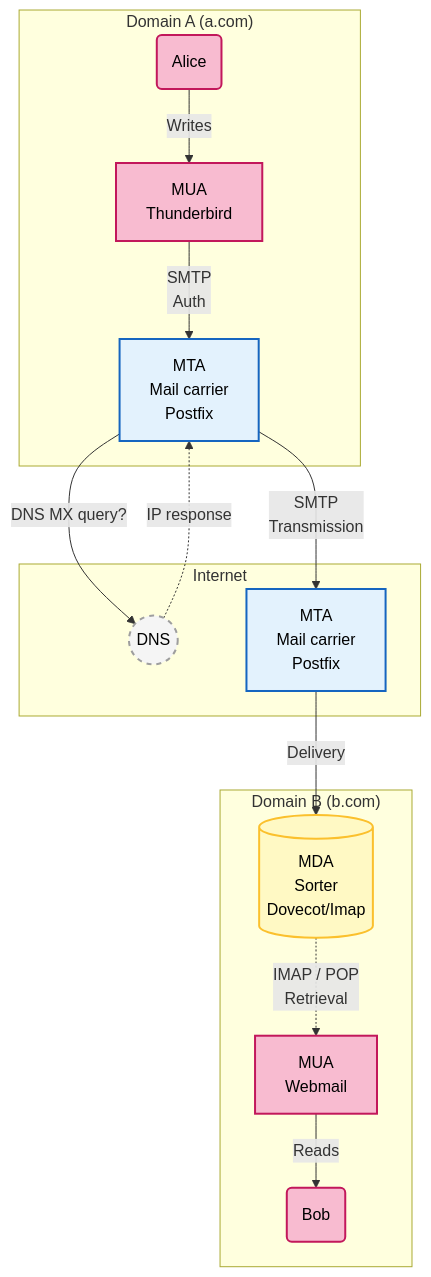
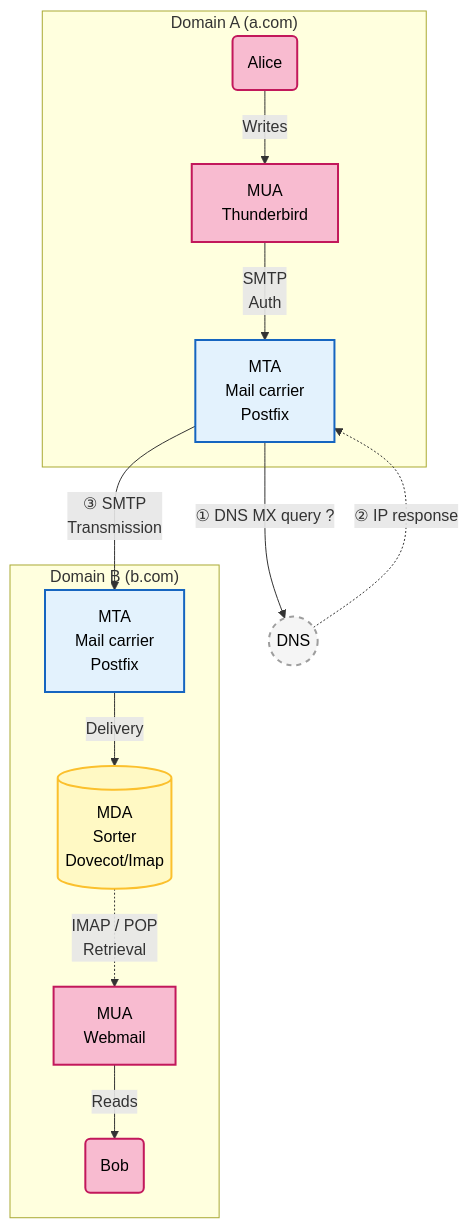
Before and after one commit to Yanal-Yves/blog: the third of 3 diagrams in content.en/antispoofing-e-mail/01-architecture-concepts.md, drawn with Mermaid. The commit also changed other lines of this file, not shown here.

First line of the commit message:
Article 1 (EN) : traduire l'exemple SMTP et la correction du diagramme

````diff
--- a/content.en/antispoofing-e-mail/01-architecture-concepts.md
+++ b/content.en/antispoofing-e-mail/01-architecture-concepts.md
@@ -155,25 +155,25 @@
 ```mermaid
 graph TD
   %% --- Style definitions ---
   classDef client fill:#f8bbd0,stroke:#c2185b,stroke-width:2px,color:#000;
   classDef server fill:#e3f2fd,stroke:#1565c0,stroke-width:2px,color:#000;
   classDef storage fill:#fff9c4,stroke:#fbc02d,stroke-width:2px,color:#000;
   classDef internet fill:#f5f5f5,stroke:#9e9e9e,stroke-width:2px,stroke-dasharray: 5 5,color:#000;
   %% --- Domain A (Sender) ---
   subgraph "Domain A (a.com)"
       Alice(Alice):::client -->|Writes| MUA_A[MUA<br/>Thunderbird]:::client
       MUA_A -->|SMTP<br/>Auth| MTA_A[MTA<br/>Mail carrier<br/>Postfix]:::server
   end
-  %% --- Internet ---
-  subgraph "Internet"
-      MTA_A -->|DNS MX query?| DNS((DNS)):::internet
-      DNS -.->|IP response| MTA_A
-      MTA_A -->|SMTP<br/>Transmission| MTA_B[MTA<br/>Mail carrier<br/>Postfix]:::server
-  end
+  %% --- DNS (in the Internet, side query) ---
+  DNS((DNS)):::internet
   %% --- Domain B (Recipient) ---
   subgraph "Domain B (b.com)"
-      MTA_B -->|Delivery| MDA_B[("MDA<br/>Sorter<br/>Dovecot/Imap")]:::storage
+      MTA_B[MTA<br/>Mail carrier<br/>Postfix]:::server -->|Delivery| MDA_B[("MDA<br/>Sorter<br/>Dovecot/Imap")]:::storage
       MDA_B -.->|IMAP / POP<br/>Retrieval| MUA_B[MUA<br/>Webmail]:::client
       MUA_B -->|Reads| Bob(Bob):::client
-end
+  end
+  %% --- Cross-domain links (transiting the Internet) ---
+  MTA_A -->|① DNS MX query ?| DNS
+  DNS -.->|② IP response| MTA_A
+  MTA_A -->|③ SMTP<br/>Transmission| MTA_B
 ```
````
